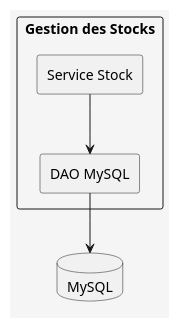
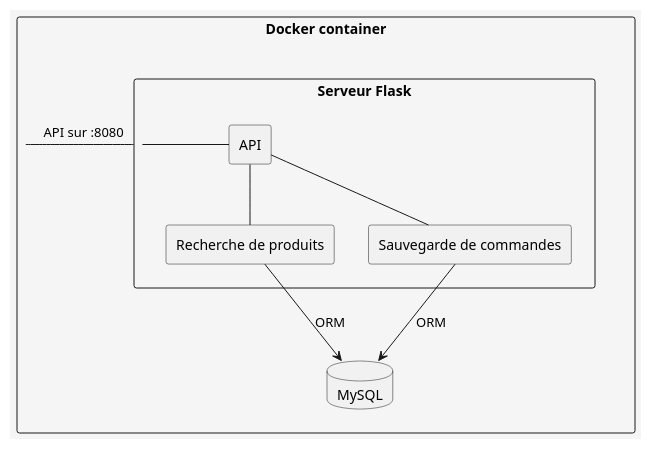
One commit to ErwanDerrien/GestionnaireMagasin changed the diagram in docs_lab2/UML/BlockViewLevel2.puml. Above: the diagram before and after it, drawn with PlantUML. The commit also changed 25 other files, not shown here.

```diff
--- a/docs_lab2/UML/BlockViewLevel2.puml
+++ b/docs_lab2/UML/BlockViewLevel2.puml
@@ -1,17 +1,22 @@
 @startuml Niveau2
 skinparam {
   BackgroundColor #F5F5F5
   ComponentStyle rectangle
 }
 
-component "Gestion des Stocks" as stocks {
-  [Service Stock] as service
-  [DAO MySQL] as dao
+component "Docker container" as dc {
+  component "Serveur Flask" as sf {
+    [API] as api
+    [Recherche de produits] as products
+    [Sauvegarde de commandes] as orders
+  }
+  database "MySQL" as db
 }
 
-database "MySQL" as db
-
-
-service --> dao
-dao --> db
+sf - api
+api -- products
+api -- orders
+products --> db : ORM
+orders --> db : ORM
+sf - dc : API sur :8080
 @enduml
```
